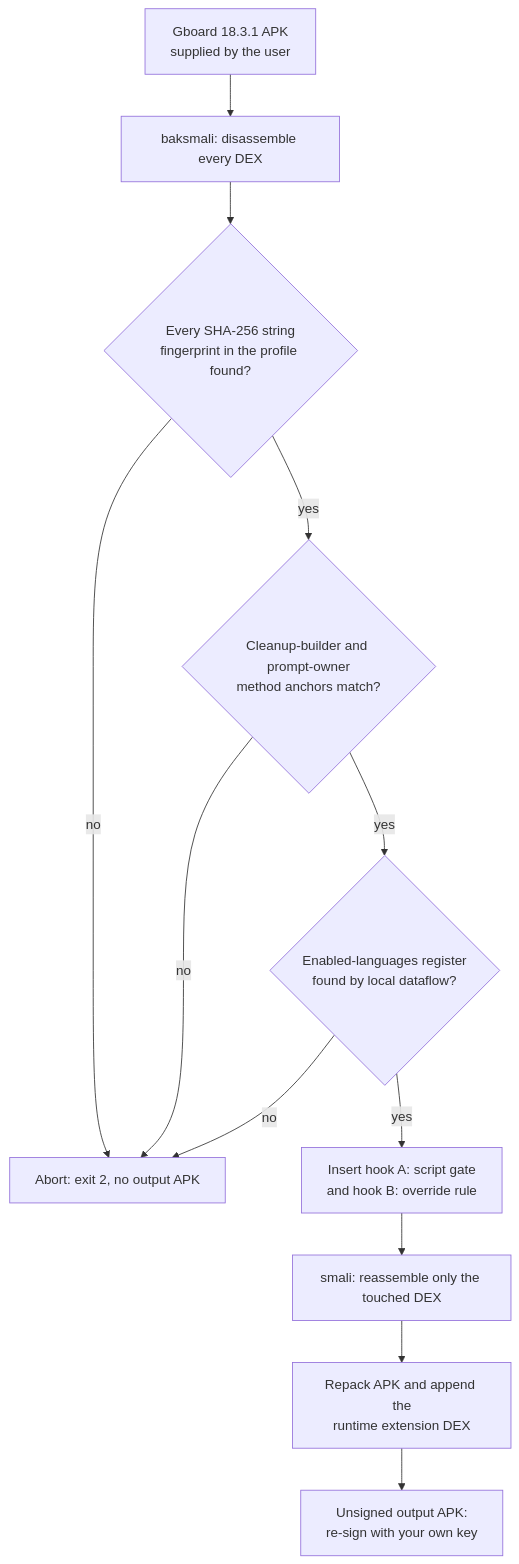
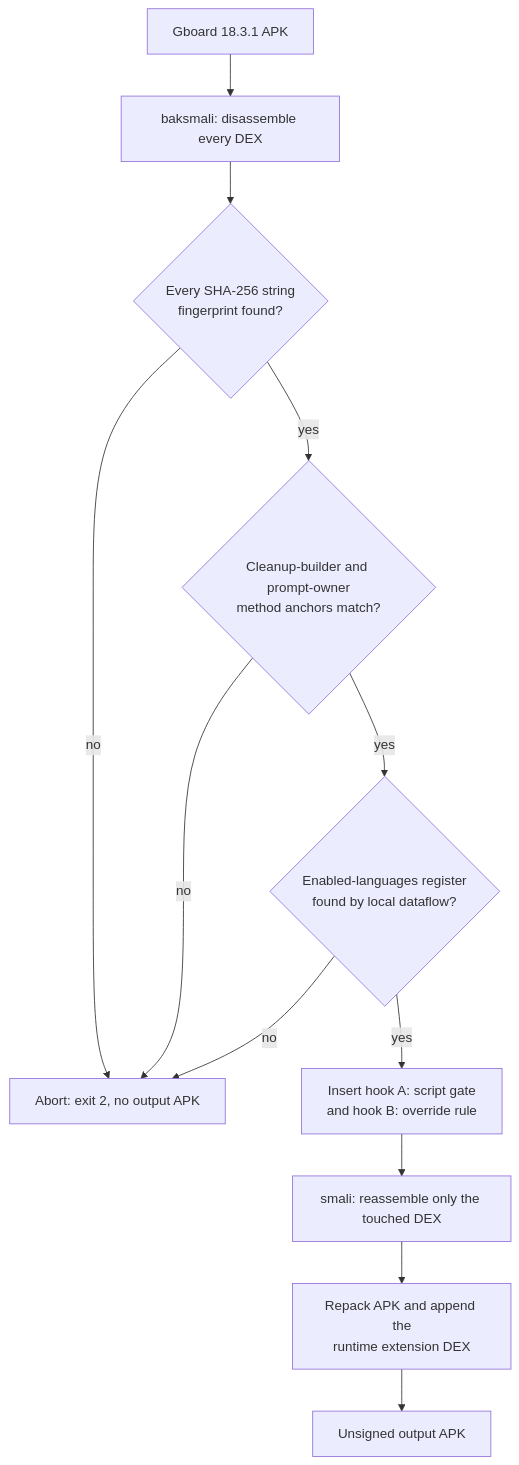
Before and after one commit to muhib-karim/Rambler-Bangla: the second of 2 diagrams in README.md, drawn with Mermaid. The commit also changed other lines of this file and 7 other files, not shown here.

````diff
--- a/README.md
+++ b/README.md
@@ -158,14 +160,14 @@
 ```mermaid
 flowchart TD
-    APK[Gboard 18.3.1 APK<br/>supplied by the user] --> DIS[baksmali: disassemble every DEX]
-    DIS --> FP{Every SHA-256 string<br/>fingerprint in the profile found?}
+    APK[Gboard 18.3.1 APK] --> DIS[baksmali: disassemble every DEX]
+    DIS --> FP{Every SHA-256 string<br/>fingerprint found?}
     FP -- no --> STOP[Abort: exit 2, no output APK]
     FP -- yes --> ANCH{Cleanup-builder and prompt-owner<br/>method anchors match?}
     ANCH -- no --> STOP
     ANCH -- yes --> DF{Enabled-languages register<br/>found by local dataflow?}
     DF -- no --> STOP
     DF -- yes --> HOOK[Insert hook A: script gate<br/>and hook B: override rule]
     HOOK --> ASM[smali: reassemble only the touched DEX]
     ASM --> PACK[Repack APK and append the<br/>runtime extension DEX]
-    PACK --> OUT[Unsigned output APK:<br/>re-sign with your own key]
+    PACK --> OUT[Unsigned output APK]
 ```
````
